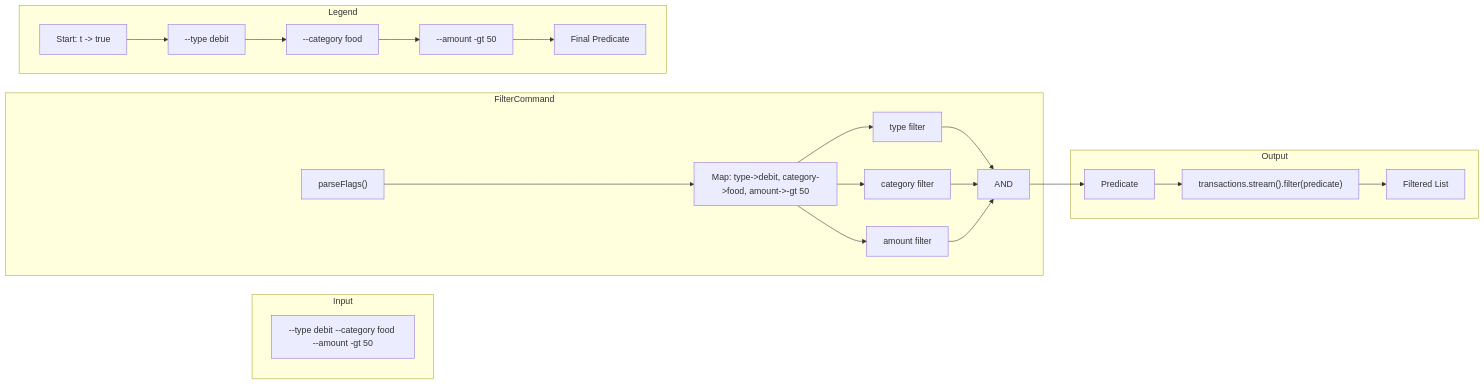
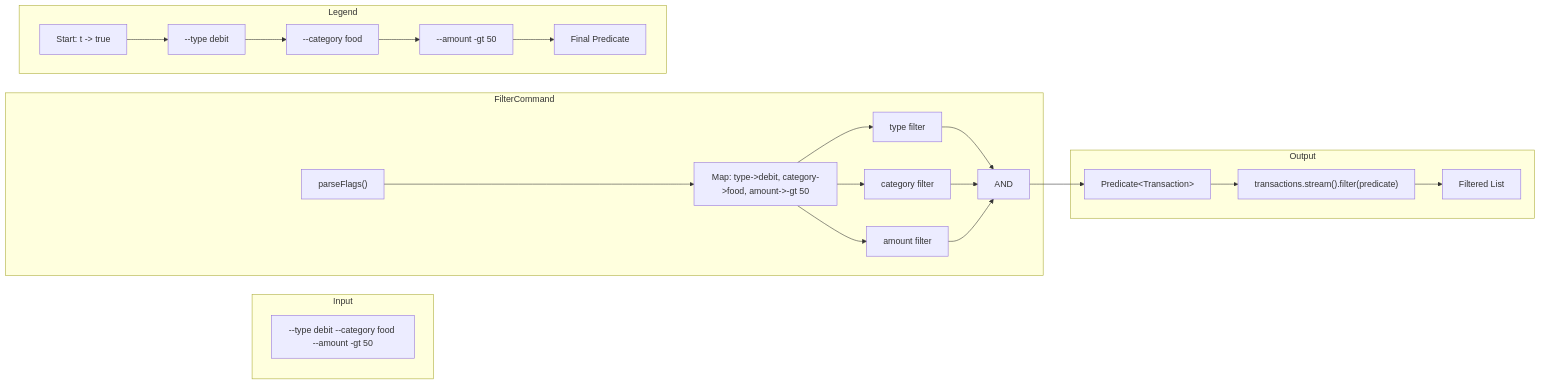
One commit to Rosh2403/tp changed the ninth of 17 diagrams in docs/DeveloperGuide.md. Above: the diagram before and after it, drawn with Mermaid. The commit also changed other lines of this file and 2 other files, not shown here.

````diff
--- a/docs/DeveloperGuide.md
+++ b/docs/DeveloperGuide.md
@@ -690,32 +690,32 @@
 ```mermaid
 flowchart LR
     subgraph Input
         Args["--type debit --category food --amount -gt 50"]
     end
 
     subgraph FilterCommand
         Parse["parseFlags()"] --> Map["Map: type->debit, category->food, amount->-gt 50"]
 
         Map --> Type["type filter"]
         Map --> Cat["category filter"]
         Map --> Amt["amount filter"]
 
         Type --> And1["AND"]
         Cat --> And1
         Amt --> And1
     end
 
     subgraph Output
-        And1 --> Predicate["Predicate<Transaction>"]
+        And1 --> Predicate["Predicate&lt;Transaction&gt;"]
         Predicate --> Stream["transactions.stream().filter(predicate)"]
         Stream --> Results["Filtered List"]
     end
 
     subgraph Legend
         direction LR
         P["Start: t -> true"] --> T["--type debit"]
         T --> C["--category food"]
         C --> A["--amount -gt 50"]
         A --> R["Final Predicate"]
     end
 ```
````
